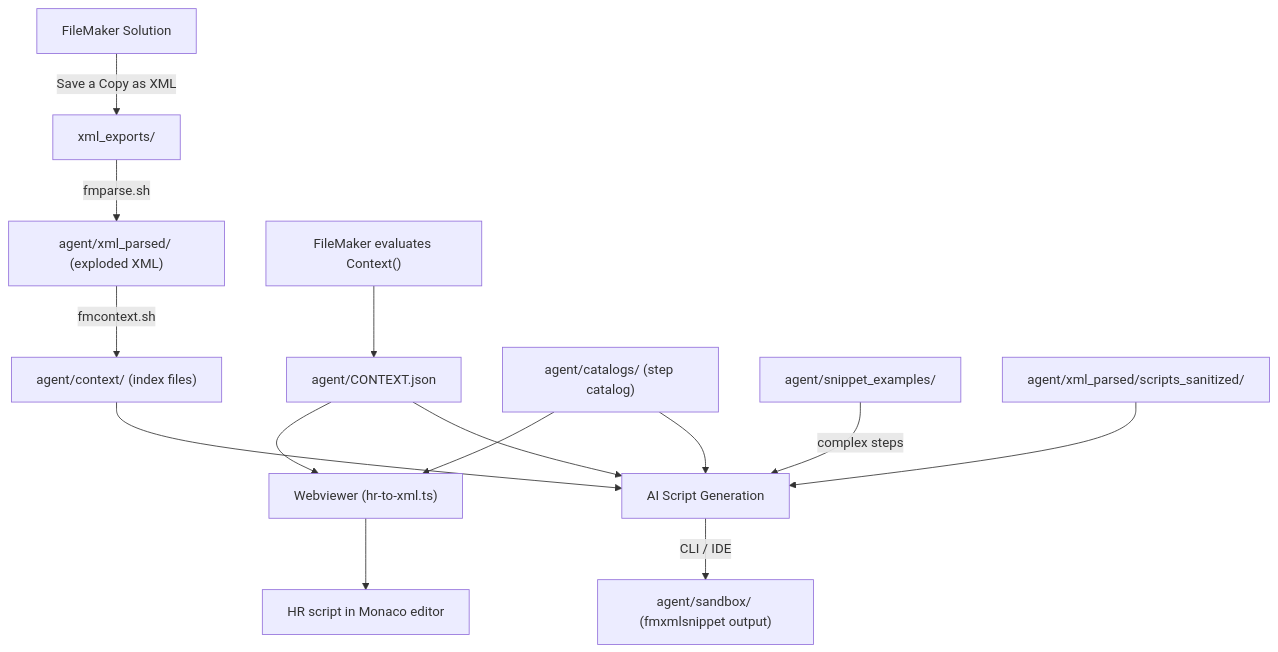
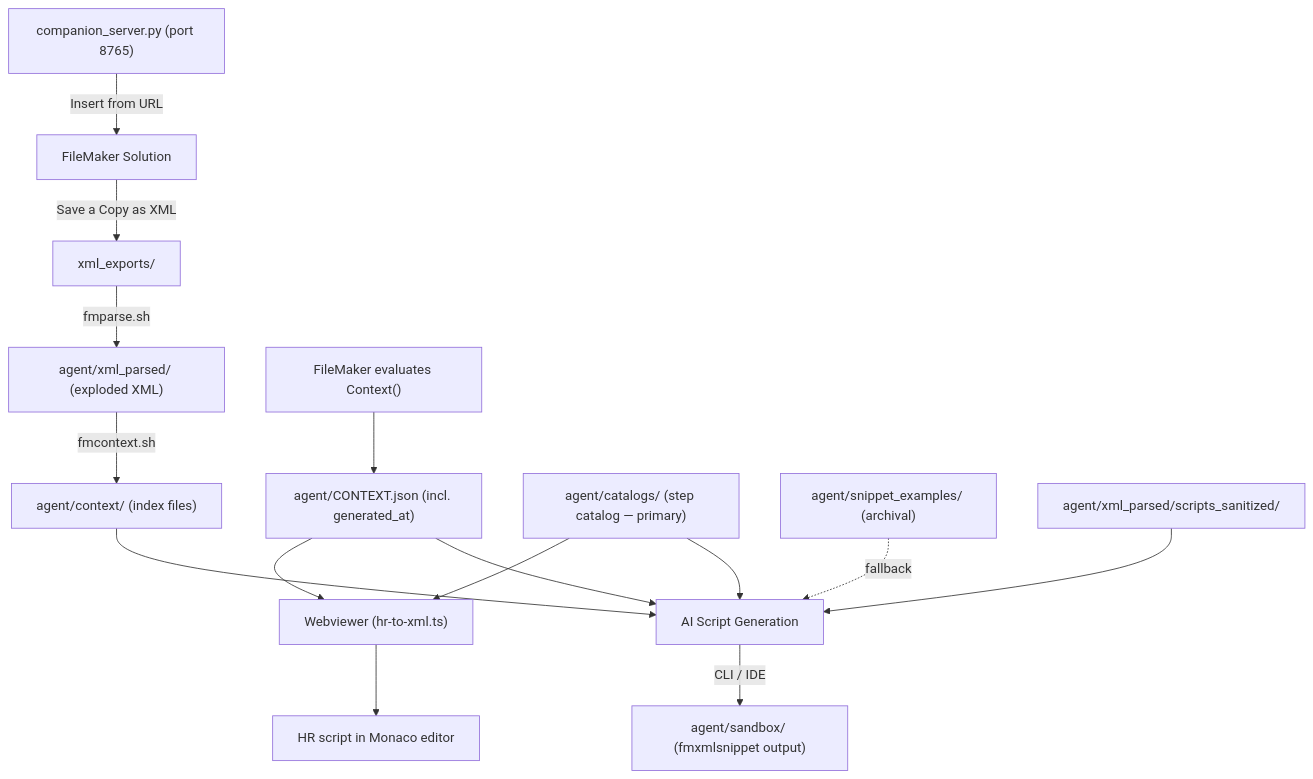
One commit to Taiko-Solutions/agentic-fm changed the diagram in ARCHITECTURE.md. Above: the diagram before and after it, drawn with Mermaid. The commit also changed other lines of this file and 29 other files, not shown here.

````diff
--- a/ARCHITECTURE.md
+++ b/ARCHITECTURE.md
@@ -7,16 +7,17 @@
 ```mermaid
 flowchart TD
     A["FileMaker Solution"] -->|"Save a Copy as XML"| B["xml_exports/"]
     B -->|"fmparse.sh"| C["agent/xml_parsed/ (exploded XML)"]
     C -->|"fmcontext.sh"| D["agent/context/ (index files)"]
-    E["FileMaker evaluates Context()"] --> F["agent/CONTEXT.json"]
+    E["FileMaker evaluates Context()"] --> F["agent/CONTEXT.json (incl. generated_at)"]
+    N["companion_server.py (port 8765)"] -->|"Insert from URL"| A
     D --> G["AI Script Generation"]
     F --> G
-    K["agent/catalogs/ (step catalog)"] --> G
-    H["agent/snippet_examples/"] -->|"complex steps"| G
+    K["agent/catalogs/ (step catalog — primary)"] --> G
+    H["agent/snippet_examples/ (archival)"] -.->|"fallback"| G
     I["agent/xml_parsed/scripts_sanitized/"] --> G
     G -->|"CLI / IDE"| J["agent/sandbox/ (fmxmlsnippet output)"]
     K --> L["Webviewer (hr-to-xml.ts)"]
     F --> L
     L --> M["HR script in Monaco editor"]
 ```
````
